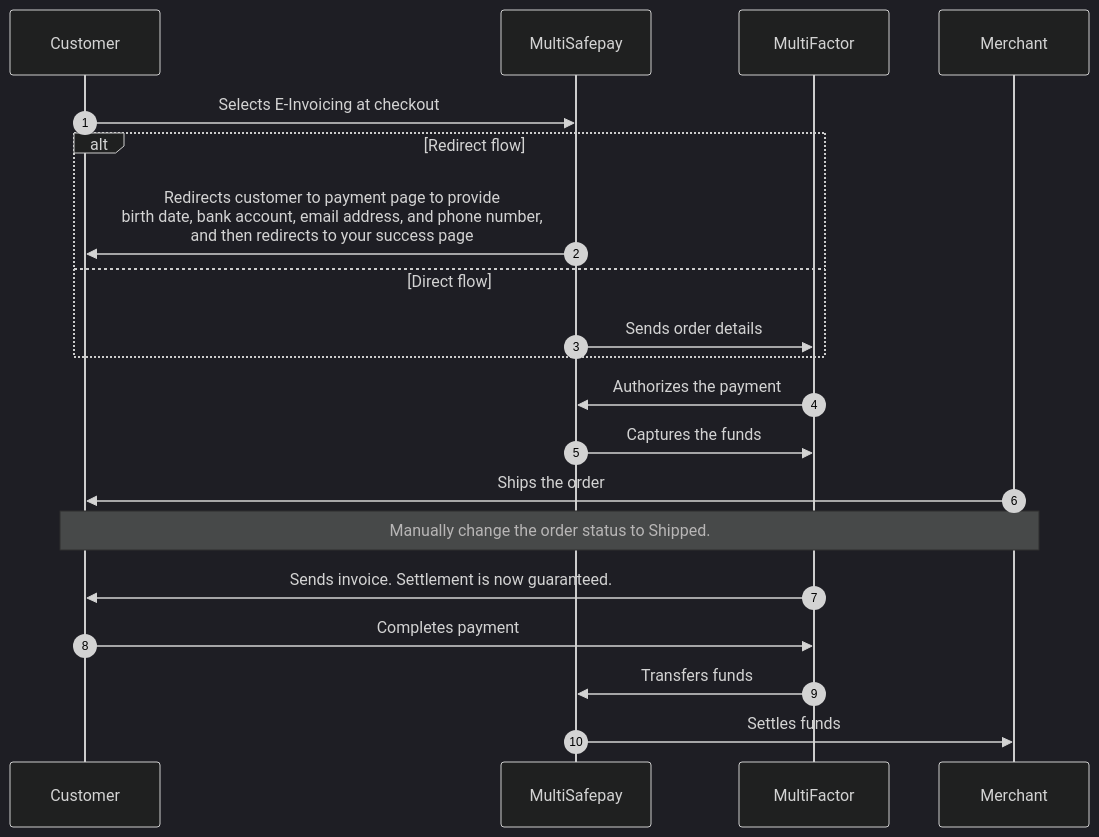
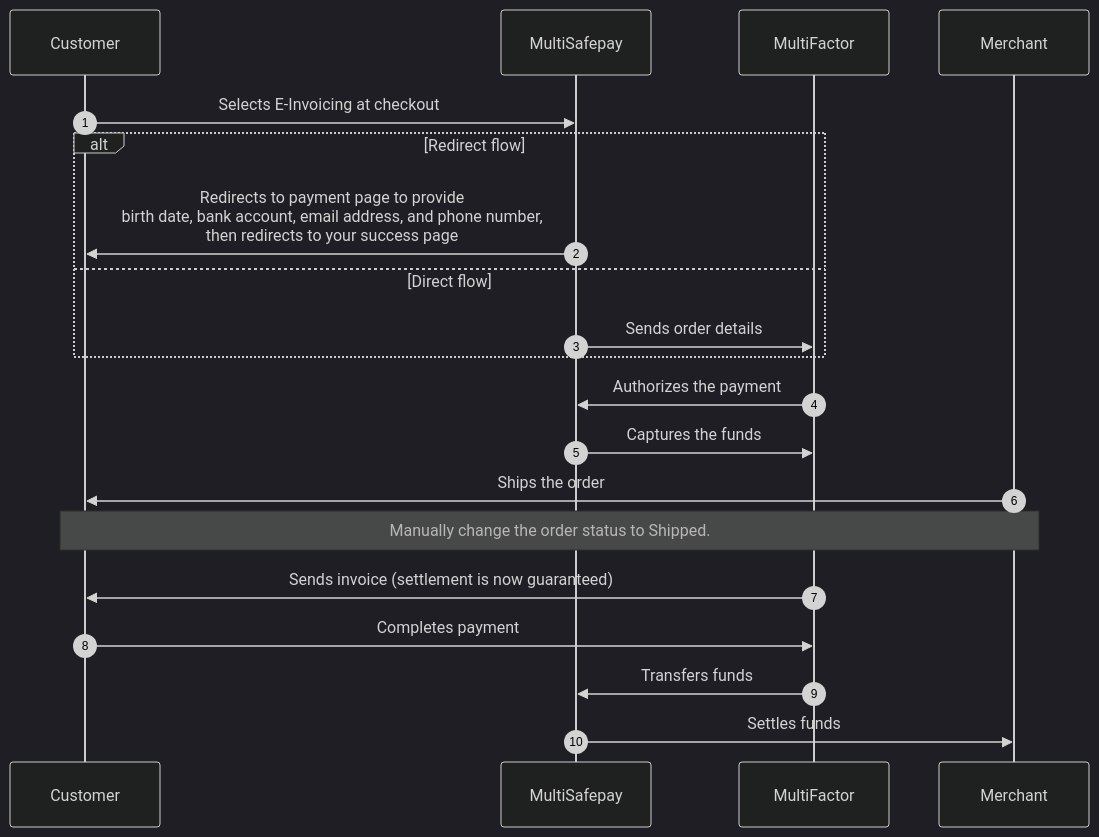
Before and after one commit to MultiSafepay/docs: the diagram in content/payments/methods/pay-later/e-invoicing/payment-flow.md, drawn with Mermaid (dark theme). The commit also changed other lines of this file and 35 other files, not shown here.

```diff
--- a/content/payments/methods/pay-later/e-invoicing/payment-flow.md
+++ b/content/payments/methods/pay-later/e-invoicing/payment-flow.md
@@ -15,25 +15,25 @@
 {{< mermaid class="text-center" >}}
 
 sequenceDiagram
     autonumber
     participant C as Customer
     participant Mu as MultiSafepay
     participant MF as MultiFactor
     participant Me as Merchant
 
     C->>Mu: Selects E-Invoicing at checkout
     alt Redirect flow
-    Mu->>C: Redirects customer to payment page to provide <br> birth date, bank account, email address, and phone number, <br> and then redirects to your success page
+    Mu->>C: Redirects to payment page to provide <br> birth date, bank account, email address, and phone number, <br> then redirects to your success page
     else Direct flow
     Mu->>MF: Sends order details
     end
     MF->>Mu: Authorizes the payment
     Mu->>MF: Captures the funds
     Me->>C: Ships the order
     Note over Me,C: Manually change the order status to Shipped. 
-    MF->>C: Sends invoice. Settlement is now guaranteed.
+    MF->>C: Sends invoice (settlement is now guaranteed)
     C->>MF: Completes payment 
     MF->>Mu: Transfers funds 
     Mu->>Me: Settles funds
 
 {{< /mermaid >}}
```
